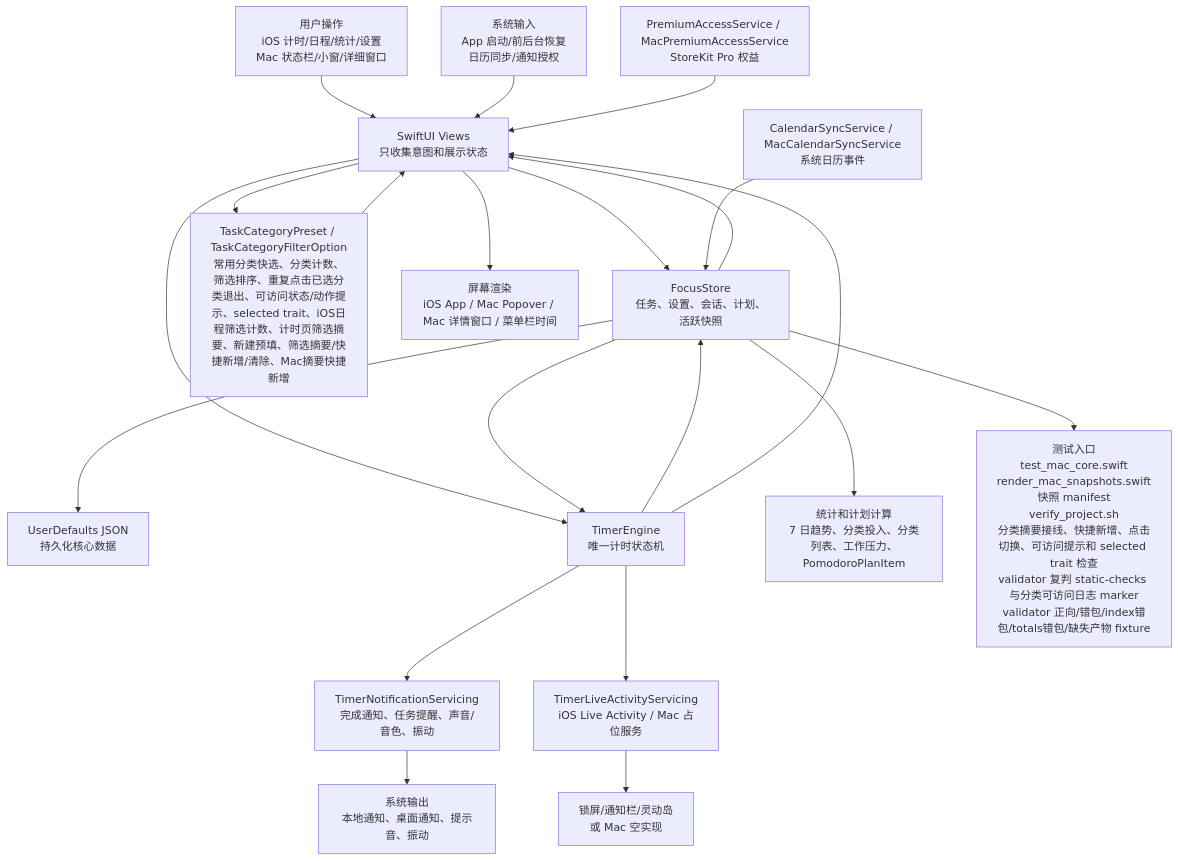
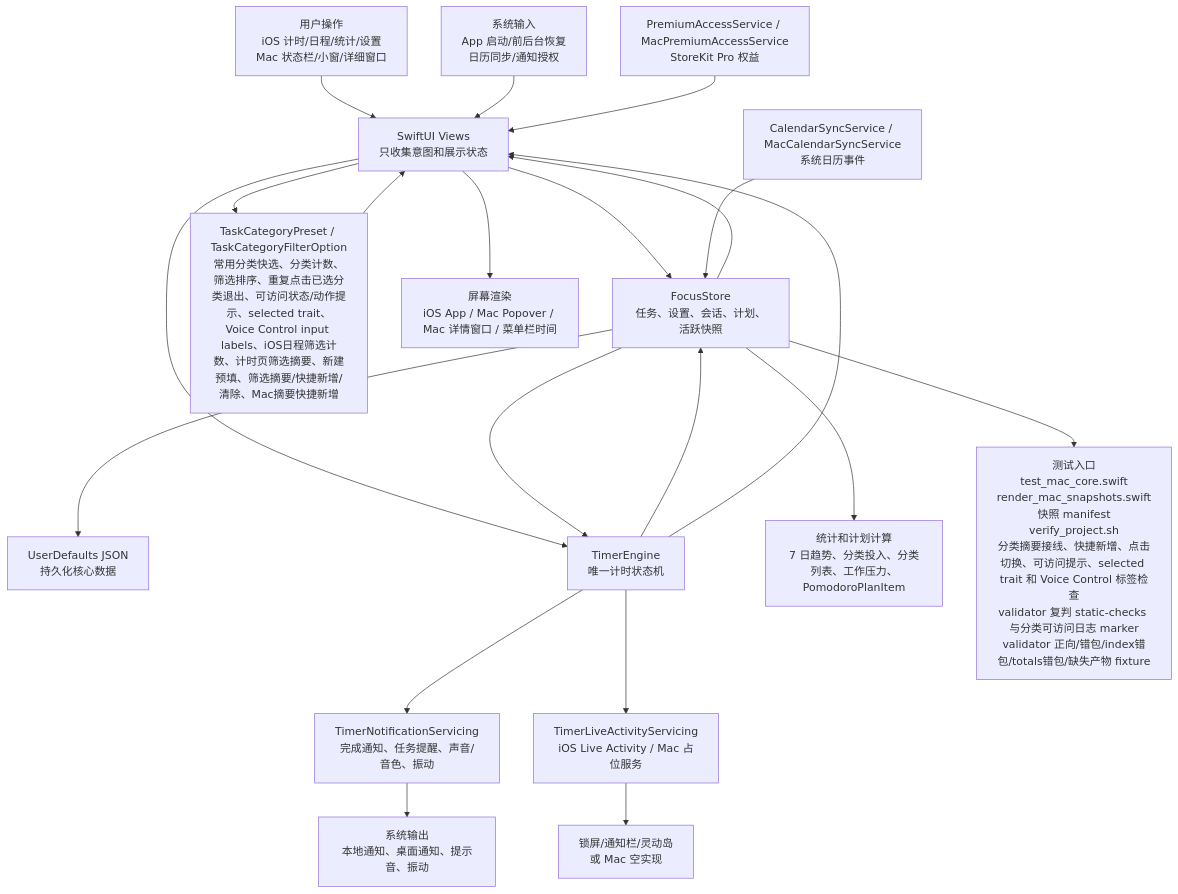
One commit to Altman-sam114/114 changed the first of 6 diagrams in md/flow/flowchart.md. Above: the diagram before and after it, drawn with Mermaid. The commit also changed other lines of this file and 9 other files, not shown here.

````diff
--- a/md/flow/flowchart.md
+++ b/md/flow/flowchart.md
@@ -9,23 +9,23 @@
 ```mermaid
 flowchart TD
   U["用户操作<br/>iOS 计时/日程/统计/设置<br/>Mac 状态栏/小窗/详细窗口"] --> V["SwiftUI Views<br/>只收集意图和展示状态"]
   SYS["系统输入<br/>App 启动/前后台恢复<br/>日历同步/通知授权"] --> V
   V --> S["FocusStore<br/>任务、设置、会话、计划、活跃快照"]
-  V --> CAT["TaskCategoryPreset / TaskCategoryFilterOption<br/>常用分类快选、分类计数、筛选排序、重复点击已选分类退出、可访问状态/动作提示、selected trait、iOS日程筛选计数、计时页筛选摘要、新建预填、筛选摘要/快捷新增/清除、Mac摘要快捷新增"]
+  V --> CAT["TaskCategoryPreset / TaskCategoryFilterOption<br/>常用分类快选、分类计数、筛选排序、重复点击已选分类退出、可访问状态/动作提示、selected trait、Voice Control input labels、iOS日程筛选计数、计时页筛选摘要、新建预填、筛选摘要/快捷新增/清除、Mac摘要快捷新增"]
   CAT --> V
   S --> P["UserDefaults JSON<br/>持久化核心数据"]
   V --> E["TimerEngine<br/>唯一计时状态机"]
   S --> E
   E --> S
   E --> N["TimerNotificationServicing<br/>完成通知、任务提醒、声音/音色、振动"]
   E --> L["TimerLiveActivityServicing<br/>iOS Live Activity / Mac 占位服务"]
   S --> C["统计和计划计算<br/>7 日趋势、分类投入、分类列表、工作压力、PomodoroPlanItem"]
   CAL["CalendarSyncService / MacCalendarSyncService<br/>系统日历事件"] --> S
   PRO["PremiumAccessService / MacPremiumAccessService<br/>StoreKit Pro 权益"] --> V
   S --> V
   E --> V
   V --> OUT["屏幕渲染<br/>iOS App / Mac Popover / Mac 详情窗口 / 菜单栏时间"]
   N --> OUT2["系统输出<br/>本地通知、桌面通知、提示音、振动"]
   L --> OUT3["锁屏/通知栏/灵动岛<br/>或 Mac 空实现"]
-  S --> T["测试入口<br/>test_mac_core.swift<br/>render_mac_snapshots.swift<br/>快照 manifest<br/>verify_project.sh<br/>分类摘要接线、快捷新增、点击切换、可访问提示和 selected trait 检查<br/>validator 复判 static-checks 与分类可访问日志 marker<br/>validator 正向/错包/index错包/totals错包/缺失产物 fixture"]
+  S --> T["测试入口<br/>test_mac_core.swift<br/>render_mac_snapshots.swift<br/>快照 manifest<br/>verify_project.sh<br/>分类摘要接线、快捷新增、点击切换、可访问提示、selected trait 和 Voice Control 标签检查<br/>validator 复判 static-checks 与分类可访问日志 marker<br/>validator 正向/错包/index错包/totals错包/缺失产物 fixture"]
 ```
````
